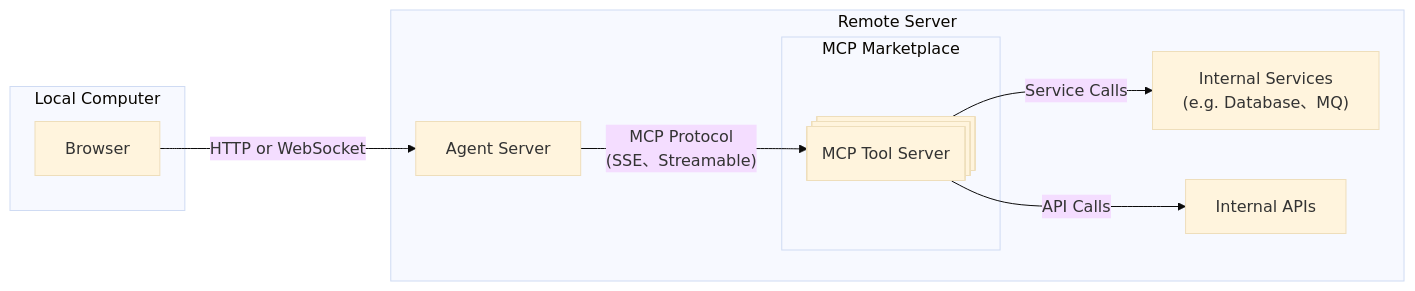
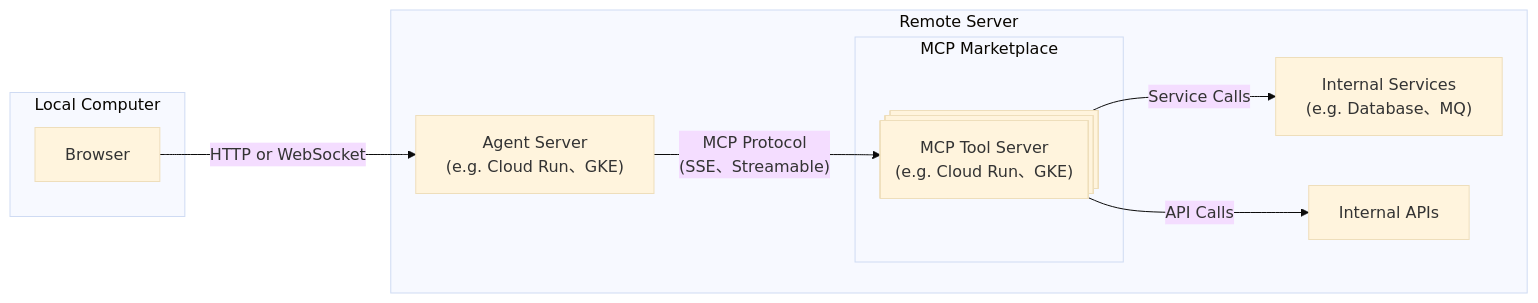
The diagram in README.md (PinXian53/python-mcp-server), drawn with Mermaid before and after one commit.

Commit message:
Clarify deployment examples in README flowchart diagram

````diff
--- a/README.md
+++ b/README.md
@@ -30,26 +30,26 @@
 ```mermaid
 ---
 config:
   theme: base
 ---
 flowchart LR
     subgraph L["Local Computer"]
         U["Browser"]
     end
     subgraph MM["MCP Marketplace"]
-        M["MCP Tool Server"]
+        M["MCP Tool Server<br>(e.g. Cloud Run、GKE)"]
     end
     subgraph R["Remote Server"]
-        A["Agent Server"]
+        A["Agent Server<br>(e.g. Cloud Run、GKE)"]
         MM
         IS["Internal Services<br>(e.g. Database、MQ)"]
         IA["Internal APIs"]
     end
     U -- HTTP or WebSocket --> A
     A -- MCP Protocol<br>(SSE、Streamable) --> M
 M -- Service Calls --> IS
 M -- API Calls --> IA
 
 M@{ shape: procs}
 
 ```
````
